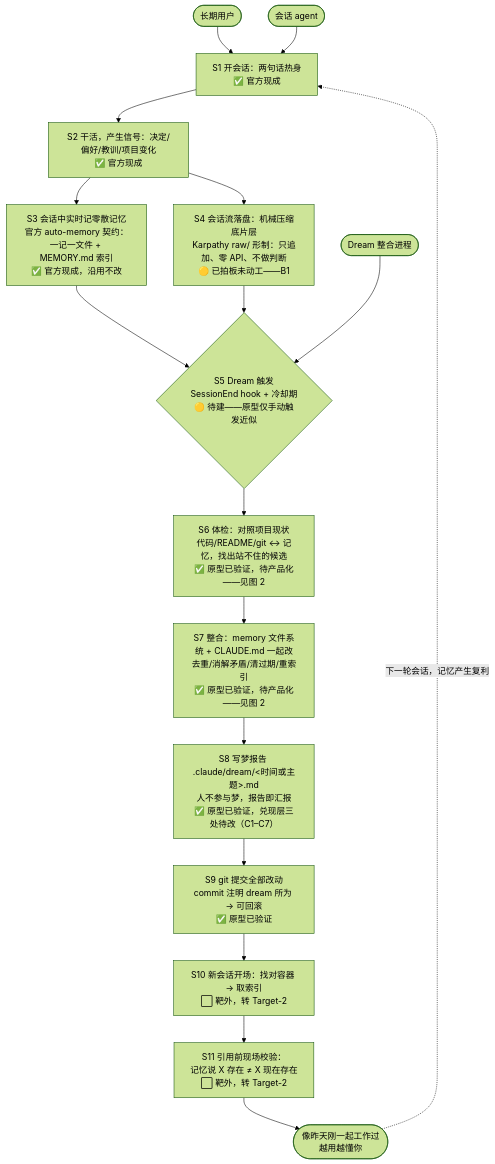
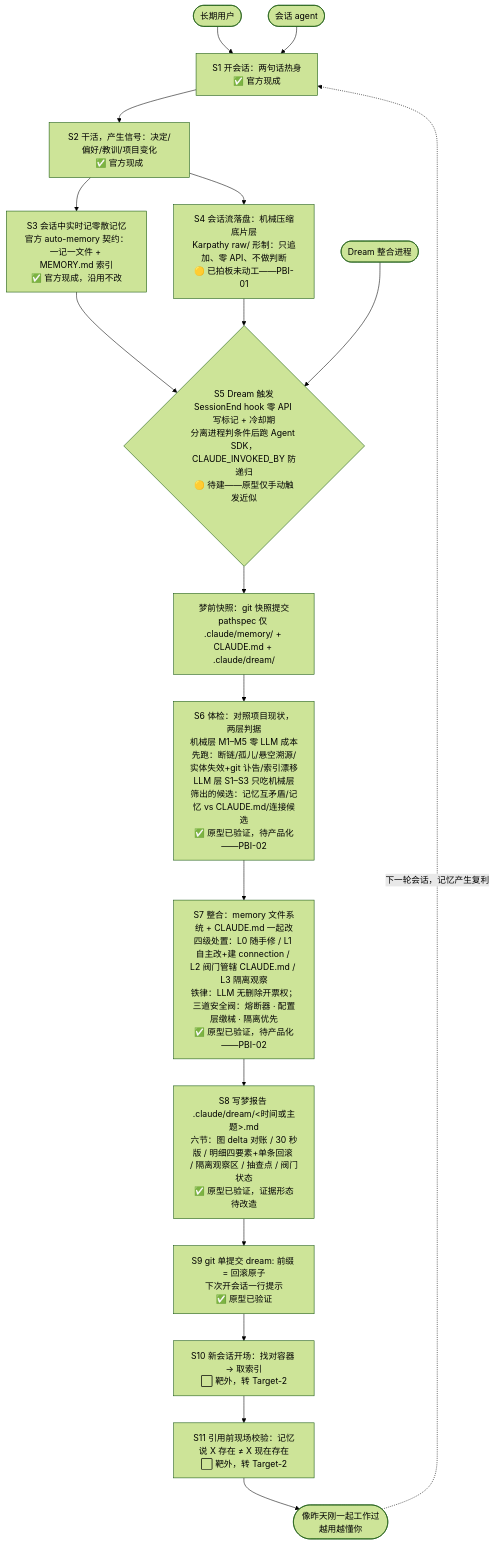
The diagram in scrum/Architecture.md (seapawn1/ClaudeDream), drawn with Mermaid (forest theme) before and after one commit. The commit also changed other lines of this file and 2 other files, not shown here.

First line of the commit message:
scrum: ProductBacklog 与 Architecture 按 SGEP 重制——主定义在前小字在后

````diff
--- a/scrum/Architecture.md
+++ b/scrum/Architecture.md
@@ -7,19 +12,20 @@
 ```mermaid
 flowchart TD
     User([长期用户]) --> S1
     Agent([会话 agent]) --> S1
     S1["S1 开会话：两句话热身<br/>✅ 官方现成"] --> S2["S2 干活，产生信号：决定/偏好/教训/项目变化<br/>✅ 官方现成"]
     S2 --> S3["S3 会话中实时记零散记忆<br/>官方 auto-memory 契约：一记一文件 + MEMORY.md 索引<br/>✅ 官方现成，沿用不改"]
-    S2 --> S4["S4 会话流落盘：机械压缩底片层<br/>Karpathy raw/ 形制：只追加、零 API、不做判断<br/>🟡 已拍板未动工——B1"]
+    S2 --> S4["S4 会话流落盘：机械压缩底片层<br/>Karpathy raw/ 形制：只追加、零 API、不做判断<br/>🟡 已拍板未动工——PBI-01"]
     S3 --> S5
-    S4 --> S5{"S5 Dream 触发<br/>SessionEnd hook + 冷却期<br/>🟡 待建——原型仅手动触发近似"}
+    S4 --> S5{"S5 Dream 触发<br/>SessionEnd hook 零 API 写标记 + 冷却期<br/>分离进程判条件后跑 Agent SDK，CLAUDE_INVOKED_BY 防递归<br/>🟡 待建——原型仅手动触发近似"}
     Dream([Dream 整合进程]) --> S5
-    S5 --> S6["S6 体检：对照项目现状<br/>代码/README/git ↔ 记忆，找出站不住的候选<br/>✅ 原型已验证，待产品化——见图 2"]
-    S6 --> S7["S7 整合：memory 文件系统 + CLAUDE.md 一起改<br/>去重/消解矛盾/清过期/重索引<br/>✅ 原型已验证，待产品化——见图 2"]
-    S7 --> S8["S8 写梦报告 .claude/dream/&lt;时间或主题&gt;.md<br/>人不参与梦，报告即汇报<br/>✅ 原型已验证，兑现层三处待改（C1–C7）"]
-    S8 --> S9["S9 git 提交全部改动<br/>commit 注明 dream 所为 → 可回滚<br/>✅ 原型已验证"]
+    S5 --> P0["梦前快照：git 快照提交<br/>pathspec 仅 .claude/memory/ + CLAUDE.md + .claude/dream/"]
+    P0 --> S6["S6 体检：对照项目现状，两层判据<br/>机械层 M1–M5 零 LLM 成本先跑：断链/孤儿/悬空溯源/实体失效+git 讣告/索引漂移<br/>LLM 层 S1–S3 只吃机械层筛出的候选：记忆互矛盾/记忆 vs CLAUDE.md/连接候选<br/>✅ 原型已验证，待产品化——PBI-02"]
+    S6 --> S7["S7 整合：memory 文件系统 + CLAUDE.md 一起改<br/>四级处置：L0 随手修 / L1 自主改+建 connection / L2 阀门管辖 CLAUDE.md / L3 隔离观察<br/>铁律：LLM 无删除开票权；三道安全阀：熔断器 · 配置层缴械 · 隔离优先<br/>✅ 原型已验证，待产品化——PBI-02"]
+    S7 --> S8["S8 写梦报告 .claude/dream/&lt;时间或主题&gt;.md<br/>六节：图 delta 对账 / 30 秒版 / 明细四要素+单条回滚 / 隔离观察区 / 抽查点 / 阀门状态<br/>✅ 原型已验证，证据形态待改造"]
+    S8 --> S9["S9 git 单提交 dream: 前缀 = 回滚原子<br/>下次开会话一行提示<br/>✅ 原型已验证"]
     S9 --> S10["S10 新会话开场：找对容器 → 取索引<br/>⬜ 靶外，转 Target-2"]
-    S10 --> S11["S11 引用前现场校验：<br/>记忆说 X 存在 ≠ X 现在存在<br/>⬜ 靶外，转 Target-2"]
+    S10 --> S11["S11 引用前现场校验：记忆说 X 存在 ≠ X 现在存在<br/>⬜ 靶外，转 Target-2"]
     S11 --> END([像昨天刚一起工作过<br/>越用越懂你])
     END -.->|下一轮会话，记忆产生复利| S1
 ```
````
